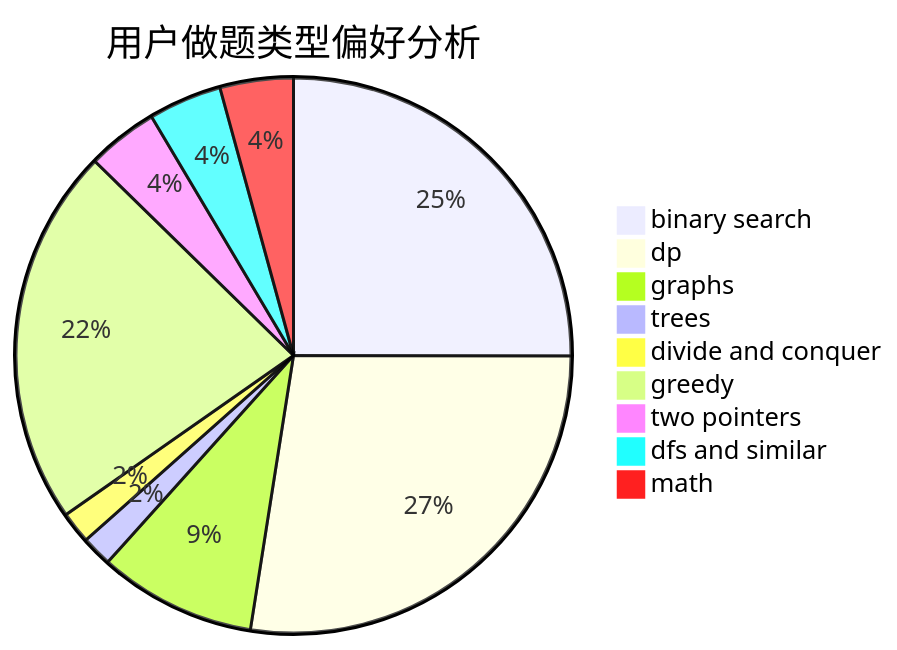
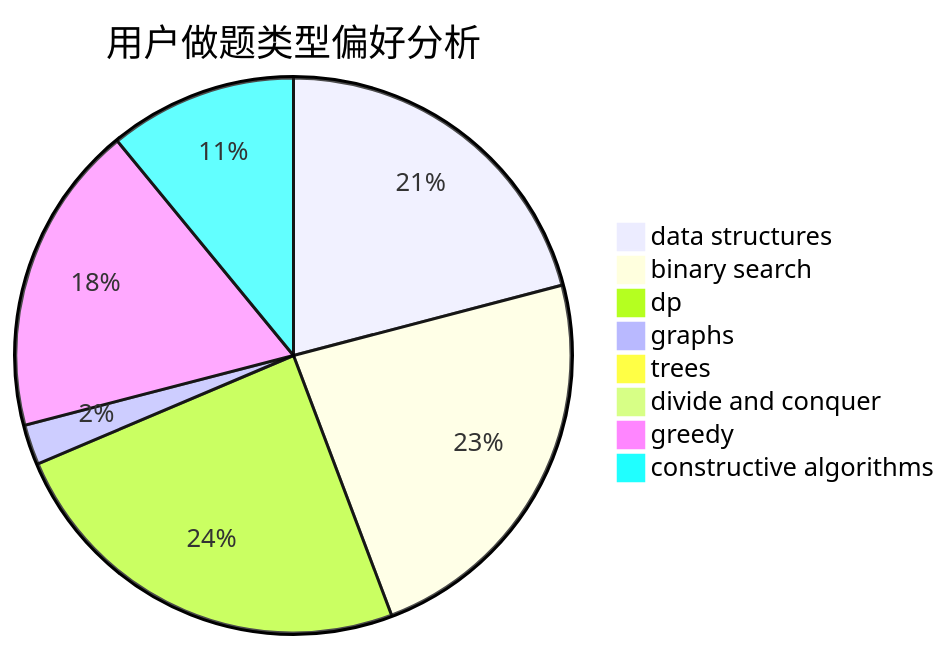
Before and after one commit to sherpahu/cfrs.github.io: the second of 3 diagrams in docs/user/u146.md, drawn with Mermaid. The commit also changed other lines of this file and 2775 other files, not shown here.

````diff
--- a/docs/user/u146.md
+++ b/docs/user/u146.md
@@ -23,12 +23,11 @@
 ```mermaid
 pie title 用户做题类型偏好分析
-    "binary search" :  393
-    "dp" :  431
-    "graphs" :  144
-    "trees" :  28
-    "divide and conquer" :  29
-    "greedy" :  346
-    "two pointers" :  65
-    "dfs and similar" :  67
-    "math" :  67
+    "data structures" :  304
+    "binary search" :  339
+    "dp" :  354
+    "graphs" :  34
+    "trees" :  12
+    "divide and conquer" :  8
+    "greedy" :  263
+    "constructive algorithms" :  159
 ```
````
